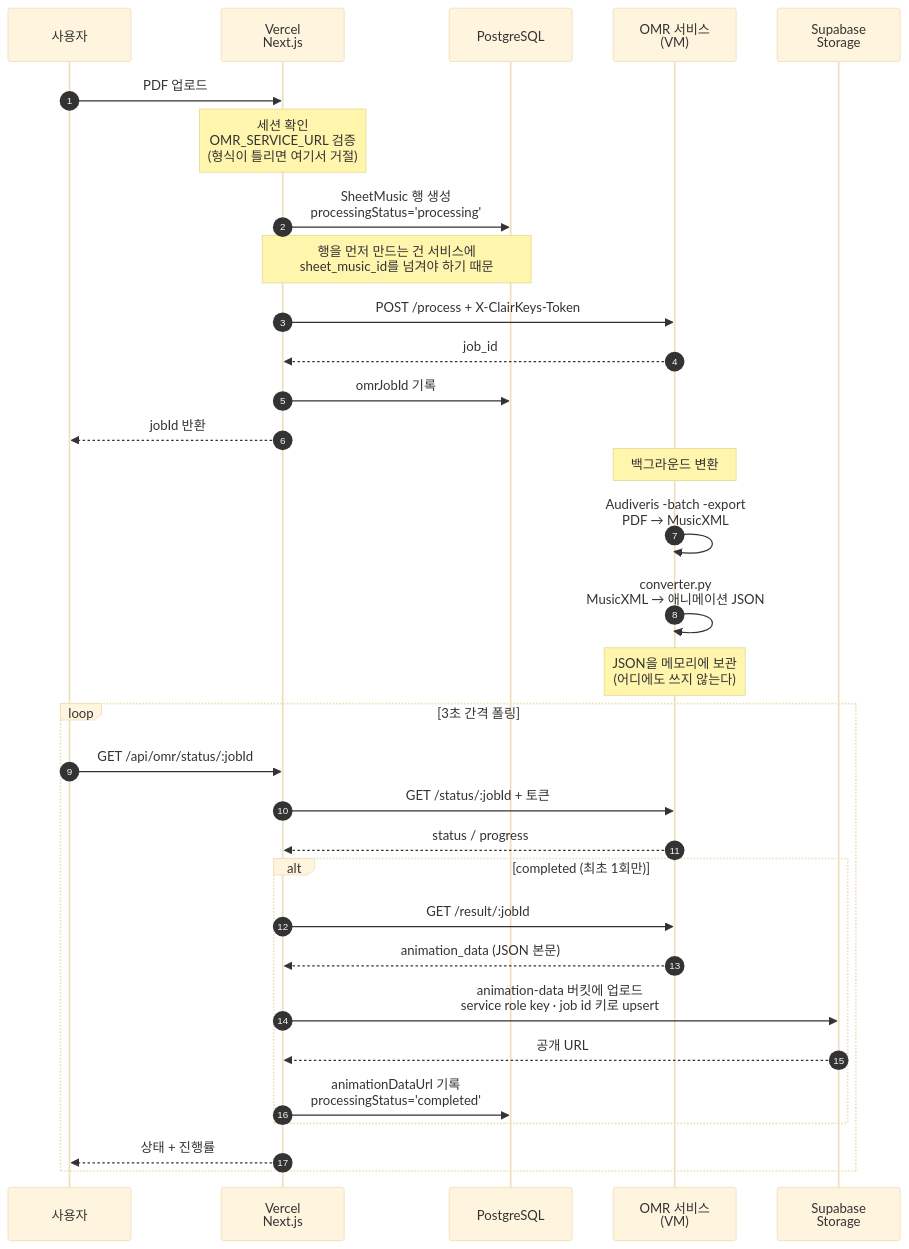
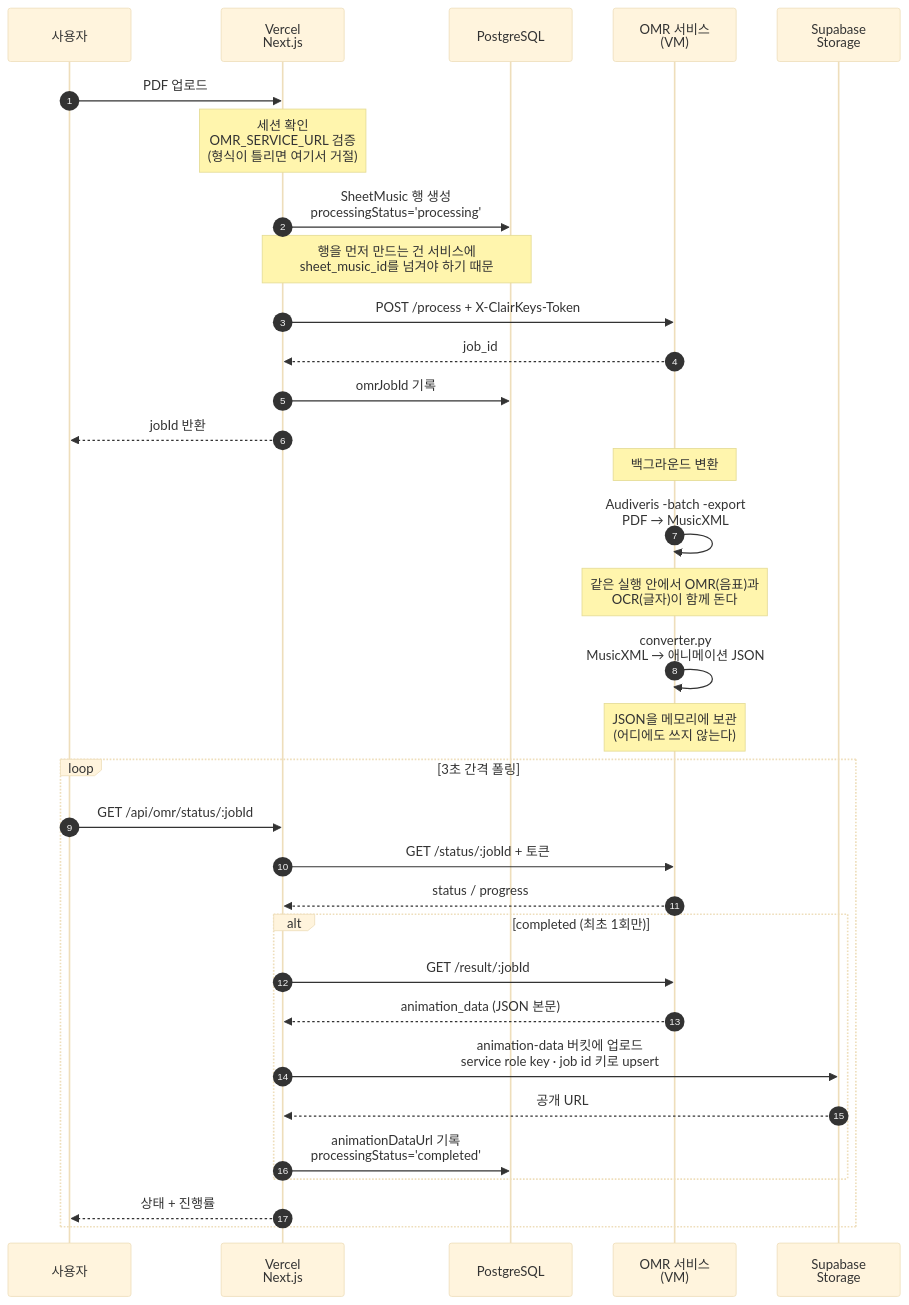
One commit to landfill/ClairKeys changed the second of 3 diagrams in README.md. Above: the diagram before and after it, drawn with Mermaid (base theme). The commit also changed other lines of this file, not shown here.

````diff
--- a/README.md
+++ b/README.md
@@ -105,37 +108,38 @@
 ```mermaid
 sequenceDiagram
   autonumber
   participant U as 사용자
   participant V as Vercel<br/>Next.js
   participant D as PostgreSQL
   participant M as OMR 서비스<br/>(VM)
   participant S as Supabase<br/>Storage
 
   U->>V: PDF 업로드
   Note over V: 세션 확인<br/>OMR_SERVICE_URL 검증<br/>(형식이 틀리면 여기서 거절)
   V->>D: SheetMusic 행 생성<br/>processingStatus='processing'
   Note over V,D: 행을 먼저 만드는 건 서비스에<br/>sheet_music_id를 넘겨야 하기 때문
   V->>M: POST /process + X-ClairKeys-Token
   M-->>V: job_id
   V->>D: omrJobId 기록
   V-->>U: jobId 반환
 
   Note over M: 백그라운드 변환
   M->>M: Audiveris -batch -export<br/>PDF → MusicXML
+  Note over M: 같은 실행 안에서 OMR(음표)과<br/>OCR(글자)이 함께 돈다
   M->>M: converter.py<br/>MusicXML → 애니메이션 JSON
   Note over M: JSON을 메모리에 보관<br/>(어디에도 쓰지 않는다)
 
   loop 3초 간격 폴링
     U->>V: GET /api/omr/status/:jobId
     V->>M: GET /status/:jobId + 토큰
     M-->>V: status / progress
     alt completed (최초 1회만)
       V->>M: GET /result/:jobId
       M-->>V: animation_data (JSON 본문)
       V->>S: animation-data 버킷에 업로드<br/>service role key · job id 키로 upsert
       S-->>V: 공개 URL
       V->>D: animationDataUrl 기록<br/>processingStatus='completed'
     end
     V-->>U: 상태 + 진행률
   end
 ```
````
